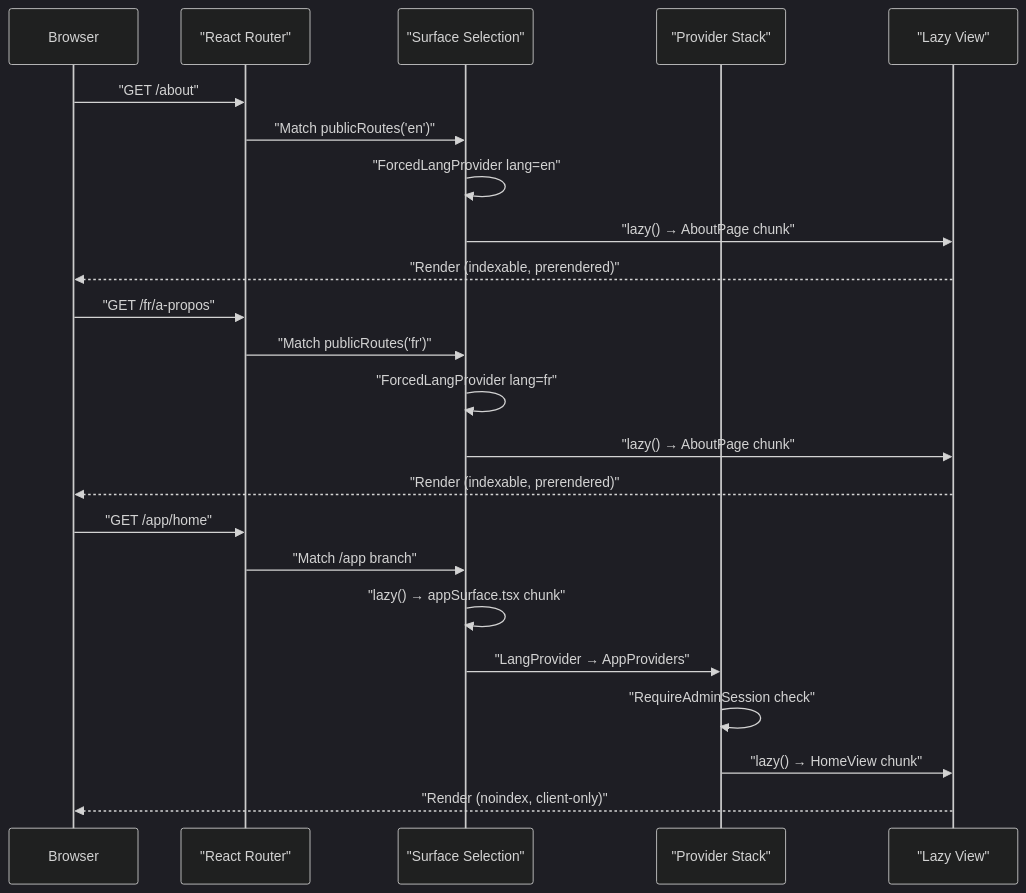
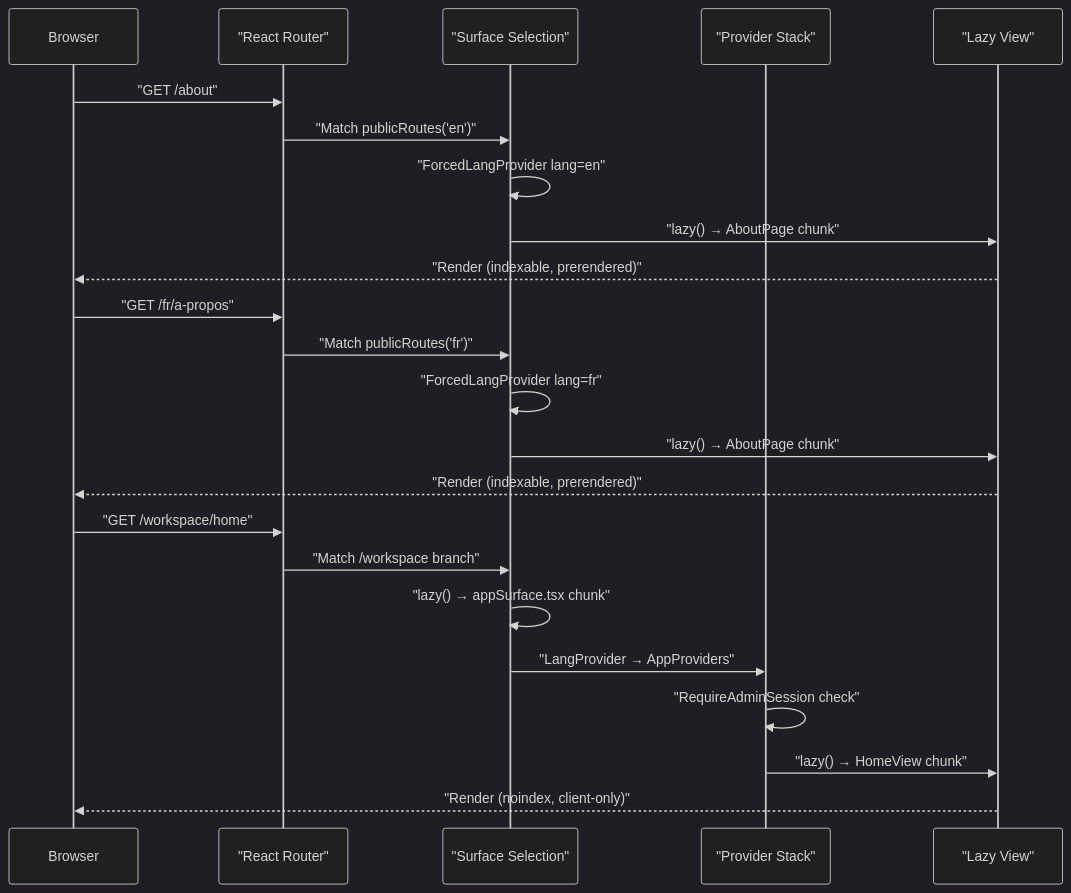
One commit to Dutiva-Canada/Dutiva_Web changed the fourth of 4 diagrams in docs/wiki/Routing-Code-Splitting.md. Above: the diagram before and after it, drawn with Mermaid (dark theme). The commit also changed other lines of this file and 107 other files, not shown here.

````diff
--- a/docs/wiki/Routing-Code-Splitting.md
+++ b/docs/wiki/Routing-Code-Splitting.md
@@ -473,28 +491,28 @@
 ```mermaid
 sequenceDiagram
     participant Browser
     participant Router as "React Router"
     participant Surface as "Surface Selection"
     participant Provider as "Provider Stack"
     participant View as "Lazy View"
 
     Browser->>Router: "GET /about"
     Router->>Surface: "Match publicRoutes('en')"
     Surface->>Surface: "ForcedLangProvider lang=en"
     Surface->>View: "lazy() → AboutPage chunk"
     View-->>Browser: "Render (indexable, prerendered)"
 
     Browser->>Router: "GET /fr/a-propos"
     Router->>Surface: "Match publicRoutes('fr')"
     Surface->>Surface: "ForcedLangProvider lang=fr"
     Surface->>View: "lazy() → AboutPage chunk"
     View-->>Browser: "Render (indexable, prerendered)"
 
-    Browser->>Router: "GET /app/home"
-    Router->>Surface: "Match /app branch"
+    Browser->>Router: "GET /workspace/home"
+    Router->>Surface: "Match /workspace branch"
     Surface->>Surface: "lazy() → appSurface.tsx chunk"
     Surface->>Provider: "LangProvider → AppProviders"
     Provider->>Provider: "RequireAdminSession check"
     Provider->>View: "lazy() → HomeView chunk"
     View-->>Browser: "Render (noindex, client-only)"
 ```
````
